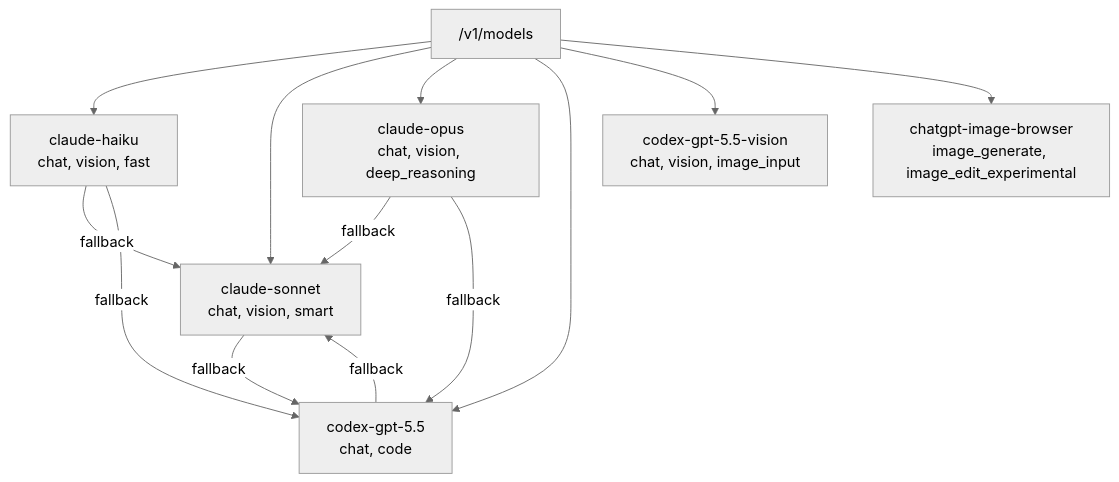
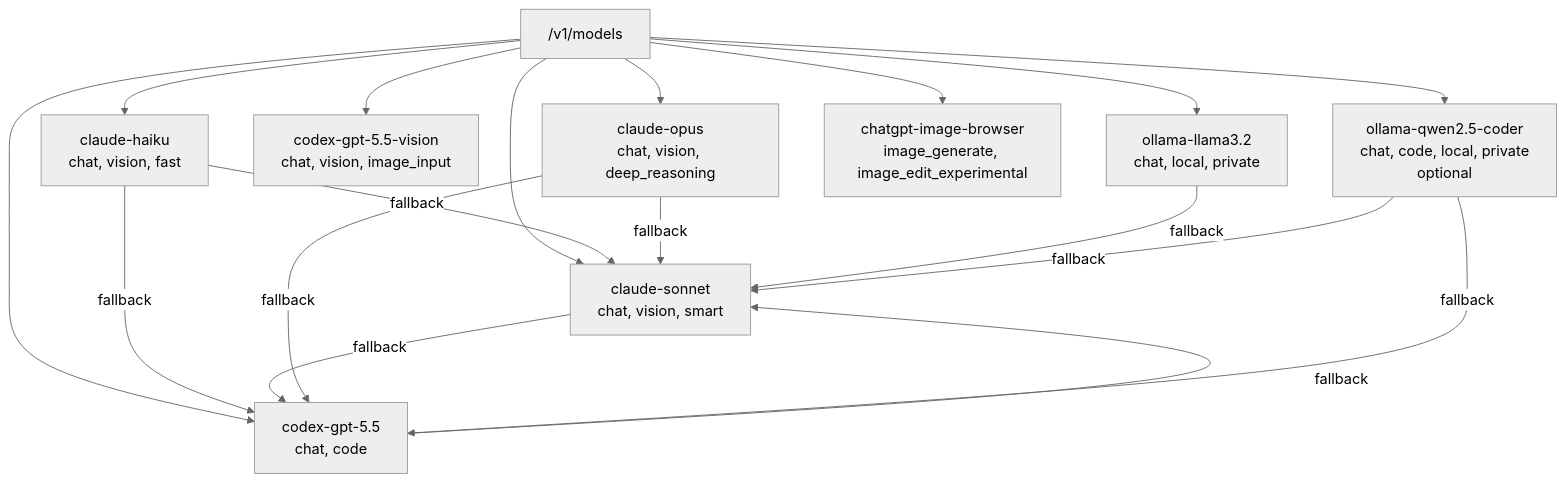
One commit to rester159/LLMHQ changed the third of 3 diagrams in planning/technical-architecture.md. Above: the diagram before and after it, drawn with Mermaid (neutral theme). The commit also changed other lines of this file and 17 other files, not shown here.

````diff
--- a/planning/technical-architecture.md
+++ b/planning/technical-architecture.md
@@ -83,18 +87,23 @@
 ```mermaid
 flowchart TD
   Models["/v1/models"]
 
   Models --> Haiku["claude-haiku\nchat, vision, fast"]
   Models --> Sonnet["claude-sonnet\nchat, vision, smart"]
   Models --> Opus["claude-opus\nchat, vision, deep_reasoning"]
   Models --> Codex["codex-gpt-5.5\nchat, code"]
   Models --> CodexVision["codex-gpt-5.5-vision\nchat, vision, image_input"]
+  Models --> Ollama["ollama-llama3.2\nchat, local, private"]
+  Models --> OllamaCoder["ollama-qwen2.5-coder\nchat, code, local, private\noptional"]
   Models --> Image["chatgpt-image-browser\nimage_generate, image_edit_experimental"]
 
   Haiku -->|"fallback"| Sonnet
   Haiku -->|"fallback"| Codex
   Sonnet -->|"fallback"| Codex
   Opus -->|"fallback"| Sonnet
   Opus -->|"fallback"| Codex
   Codex -->|"fallback"| Sonnet
+  Ollama -->|"fallback"| Sonnet
+  OllamaCoder -->|"fallback"| Codex
+  OllamaCoder -->|"fallback"| Sonnet
 ```
````
